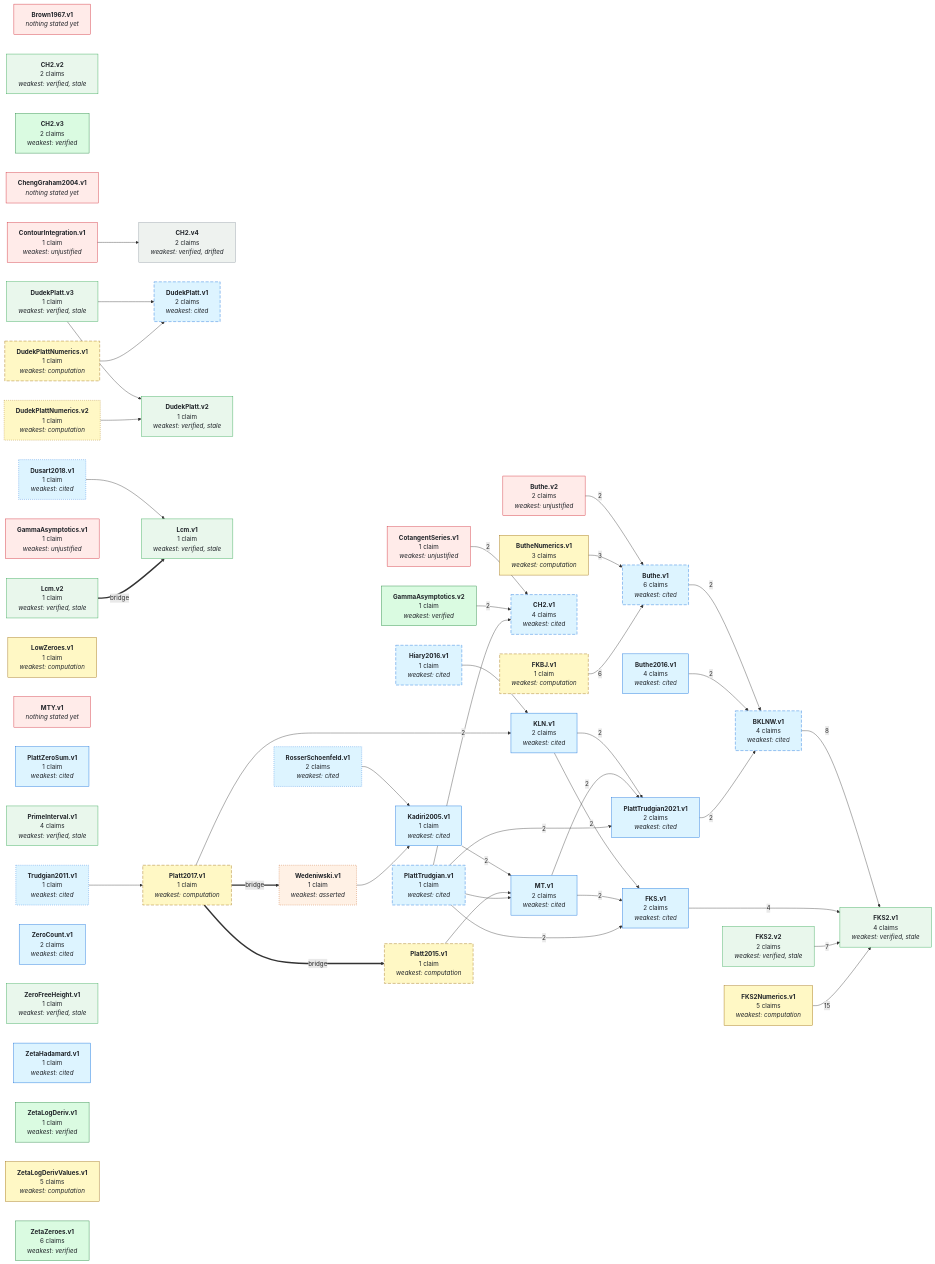
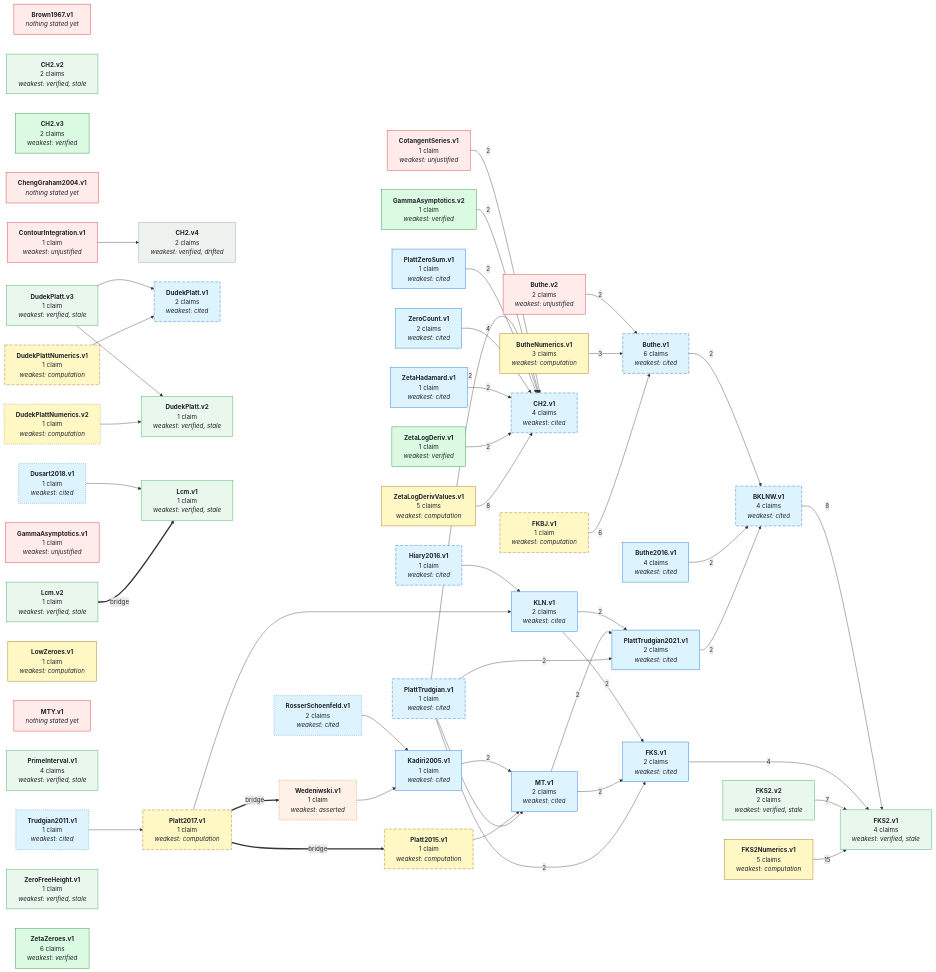
The first of 2 diagrams in GRAPH.md (teorth/IEANTN), drawn with Mermaid before and after one commit. The commit also changed other lines of this file and 11 other files, not shown here.

```diff
--- a/GRAPH.md
+++ b/GRAPH.md
@@ -131,9 +131,14 @@
   NPlattTrudgian_v1 --> NMT_v1
   NPlattTrudgian_v1 -->|2| NPlattTrudgian2021_v1
   NPlattTrudgian2021_v1 -->|2| NBKLNW_v1
+  NPlattZeroSum_v1 -->|2| NCH2_v1
   NRosserSchoenfeld_v1 --> NKadiri2005_v1
   NTrudgian2011_v1 --> NPlatt2017_v1
   NWedeniwski_v1 --> NKadiri2005_v1
+  NZeroCount_v1 -->|4| NCH2_v1
+  NZetaHadamard_v1 -->|2| NCH2_v1
+  NZetaLogDeriv_v1 -->|2| NCH2_v1
+  NZetaLogDerivValues_v1 -->|8| NCH2_v1
   NLcm_v2 ==>|bridge| NLcm_v1
   NPlatt2017_v1 ==>|bridge| NPlatt2015_v1
   NPlatt2017_v1 ==>|bridge| NWedeniwski_v1
```
